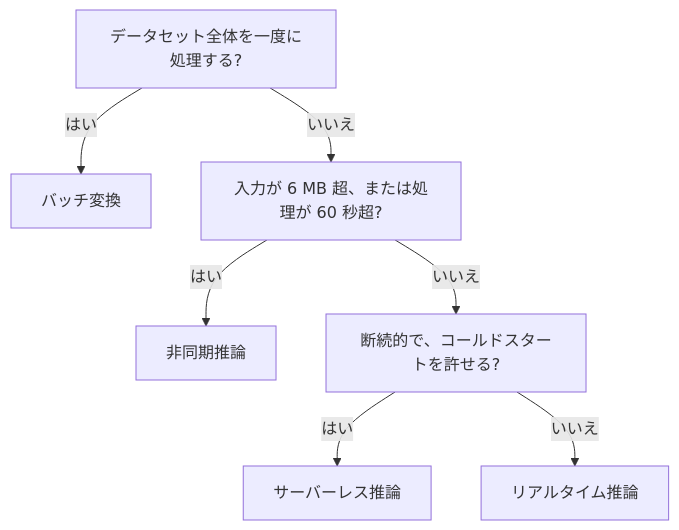
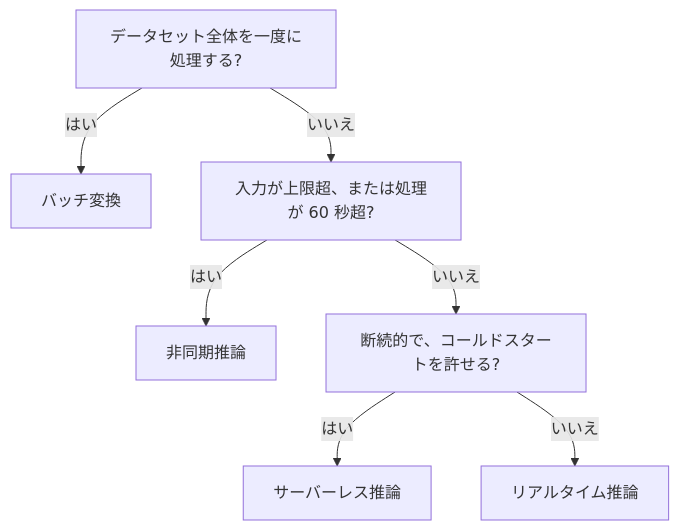
The first of 2 diagrams in docs/courses/mla/domain3.md (ZoneTsuyoshi/aws-wiki), drawn with Mermaid before and after one commit. The commit also changed other lines of this file and 696 other files, not shown here.

````diff
--- a/docs/courses/mla/domain3.md
+++ b/docs/courses/mla/domain3.md
@@ -51,9 +51,9 @@
 ```mermaid
 flowchart TD
     A["データセット全体を一度に処理する?"] -- はい --> B["バッチ変換"]
-    A -- いいえ --> C["入力が 6 MB 超、または処理が 60 秒超?"]
+    A -- いいえ --> C["入力が上限超、または処理が 60 秒超?"]
     C -- はい --> D["非同期推論"]
     C -- いいえ --> E["断続的で、コールドスタートを許せる?"]
     E -- はい --> F["サーバーレス推論"]
     E -- いいえ --> G["リアルタイム推論"]
 ```
````
